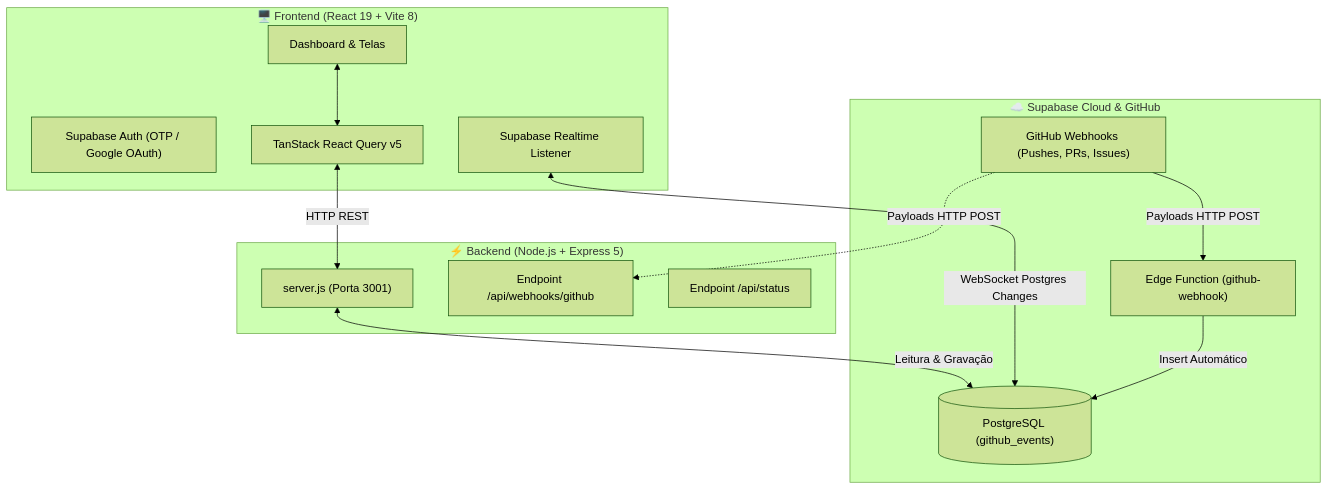
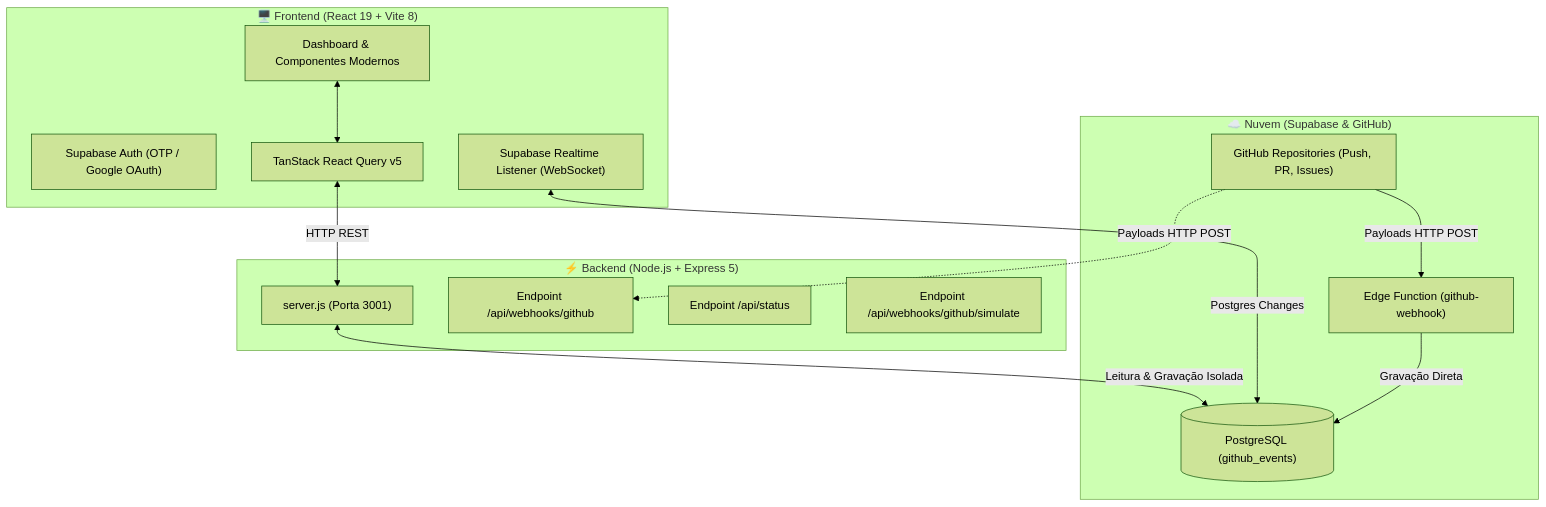
Before and after one commit to Matheusvs1998/painel-dev: the diagram in README.md, drawn with Mermaid (forest theme). The commit also changed other lines of this file and 6 other files, not shown here.

````diff
--- a/README.md
+++ b/README.md
@@ -26,29 +57,30 @@
 ```mermaid
 flowchart TD
     subgraph Frontend["🖥️ Frontend (React 19 + Vite 8)"]
-        UI["Dashboard & Telas"]
+        UI["Dashboard & Componentes Modernos"]
         AuthUI["Supabase Auth (OTP / Google OAuth)"]
         Query["TanStack React Query v5"]
-        Realtime["Supabase Realtime Listener"]
+        Realtime["Supabase Realtime Listener (WebSocket)"]
     end
 
     subgraph Backend["⚡ Backend (Node.js + Express 5)"]
         Server["server.js (Porta 3001)"]
         GH_Webhook["Endpoint /api/webhooks/github"]
         Status["Endpoint /api/status"]
+        Simulate["Endpoint /api/webhooks/github/simulate"]
     end
 
-    subgraph Cloud["☁️ Supabase Cloud & GitHub"]
+    subgraph Cloud["☁️ Nuvem (Supabase & GitHub)"]
         SupabaseDB[("PostgreSQL (github_events)")]
         EdgeFunctions["Edge Function (github-webhook)"]
-        GitHub["GitHub Webhooks (Pushes, PRs, Issues)"]
+        GitHub["GitHub Repositories (Push, PR, Issues)"]
     end
 
     UI <--> Query
     Query <-->|HTTP REST| Server
-    Server <-->|Leitura & Gravação| SupabaseDB
-    Realtime <-->|WebSocket Postgres Changes| SupabaseDB
+    Server <-->|Leitura & Gravação Isolada| SupabaseDB
+    Realtime <-->|Postgres Changes| SupabaseDB
     GitHub -->|Payloads HTTP POST| EdgeFunctions
-    EdgeFunctions -->|Insert Automático| SupabaseDB
+    EdgeFunctions -->|Gravação Direta| SupabaseDB
     GitHub -.->|Payloads HTTP POST| GH_Webhook
 ```
````
